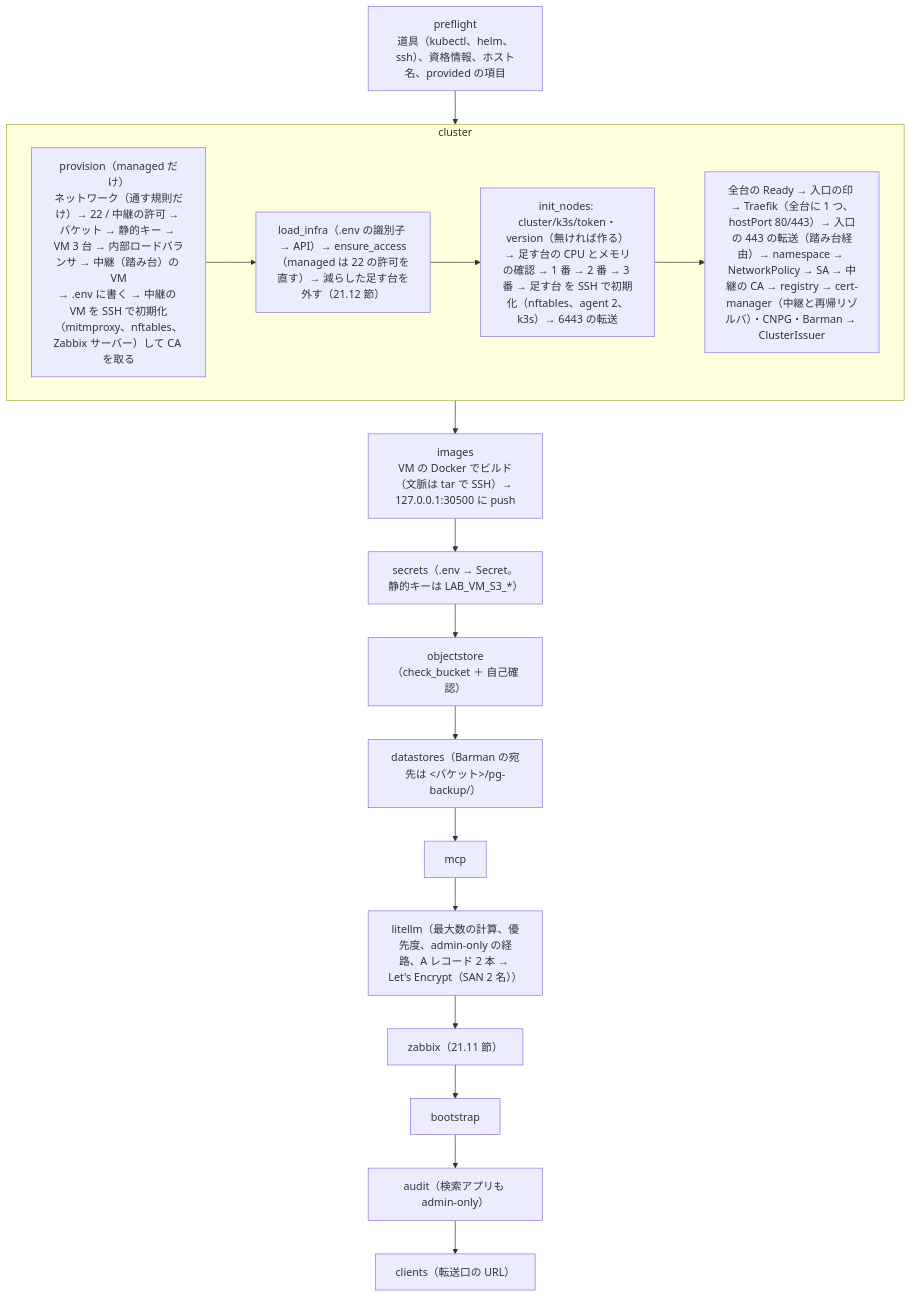
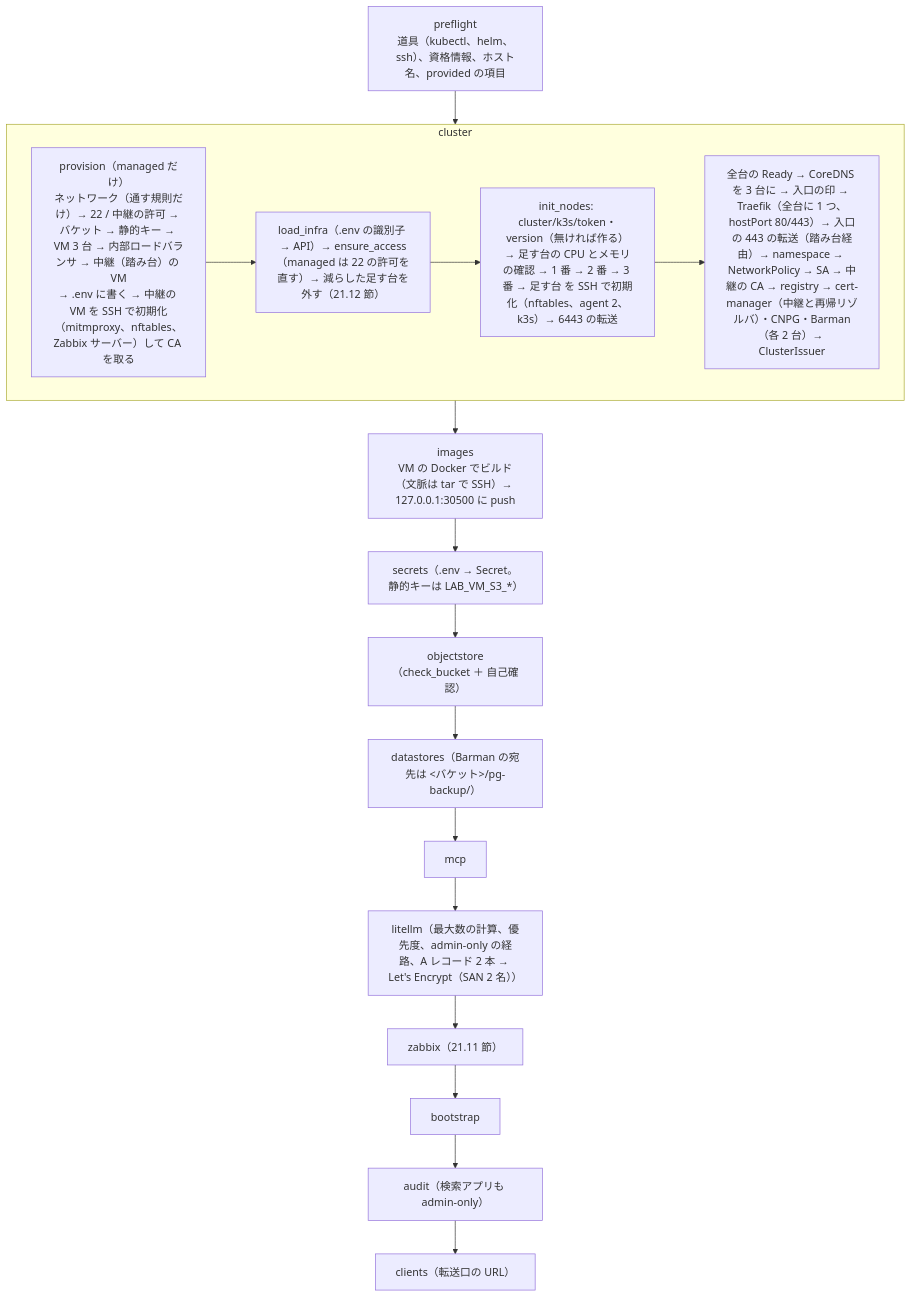
Before and after one commit to notfolder/litellm-agent-gateway-lab: the fifth of 5 diagrams in docs/design.md, drawn with Mermaid. The commit also changed other lines of this file and 9 other files, not shown here.

First line of the commit message:
1 台だけの部品の冗長化・障害の試験の負荷の送り先・入口の Traefik の資源を docs/ に反映する

````diff
--- a/docs/design.md
+++ b/docs/design.md
@@ -1418,14 +1425,14 @@
 ```mermaid
 flowchart TB
     P["preflight<br/>道具（kubectl、helm、ssh）、資格情報、ホスト名、provided の項目"] --> C
     subgraph C["cluster"]
         PR["provision（managed だけ）<br/>ネットワーク（通す規則だけ）→ 22 / 中継の許可 → バケット → 静的キー → VM 3 台 → 内部ロードバランサ → 中継（踏み台）の VM<br/>→ .env に書く → 中継の VM を SSH で初期化（mitmproxy、nftables、Zabbix サーバー）して CA を取る"]
         LI["load_infra（.env の識別子 → API）→ ensure_access（managed は 22 の許可を直す）→ 減らした足す台を外す（21.12 節）"]
         IN["init_nodes: cluster/k3s/token・version（無ければ作る）→ 足す台の CPU とメモリの確認 → 1 番 → 2 番 → 3 番 → 足す台 を SSH で初期化（nftables、agent 2、k3s）→ 6443 の転送"]
-        KS["全台の Ready → 入口の印 → Traefik（全台に 1 つ、hostPort 80/443）→ 入口の 443 の転送（踏み台経由）→ namespace → NetworkPolicy → SA → 中継の CA → registry → cert-manager（中継と再帰リゾルバ）・CNPG・Barman → ClusterIssuer"]
+        KS["全台の Ready → CoreDNS を 3 台に → 入口の印 → Traefik（全台に 1 つ、hostPort 80/443）→ 入口の 443 の転送（踏み台経由）→ namespace → NetworkPolicy → SA → 中継の CA → registry → cert-manager（中継と再帰リゾルバ）・CNPG・Barman（各 2 台）→ ClusterIssuer"]
         PR --> LI --> IN --> KS
     end
     C --> I["images<br/>VM の Docker でビルド（文脈は tar で SSH）→ 127.0.0.1:30500 に push"]
     I --> S["secrets（.env → Secret。静的キーは LAB_VM_S3_*）"] --> O["objectstore（check_bucket ＋ 自己確認）"] --> D["datastores（Barman の宛先は <バケット>/pg-backup/）"]
     D --> M["mcp"] --> L["litellm（最大数の計算、優先度、admin-only の経路、A レコード 2 本 → Let's Encrypt（SAN 2 名））"] --> Z["zabbix（21.11 節）"] --> B["bootstrap"] --> AU["audit（検索アプリも admin-only）"] --> CL["clients（転送口の URL）"]
 ```
````
